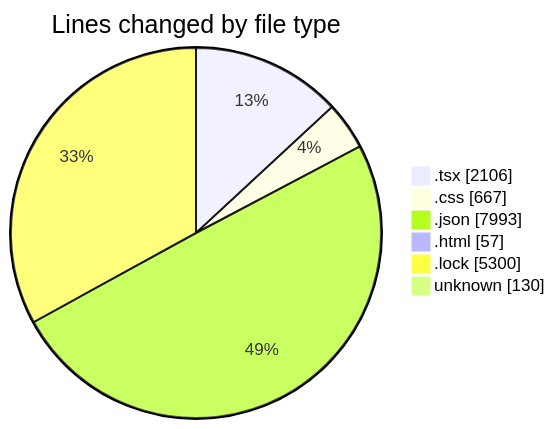
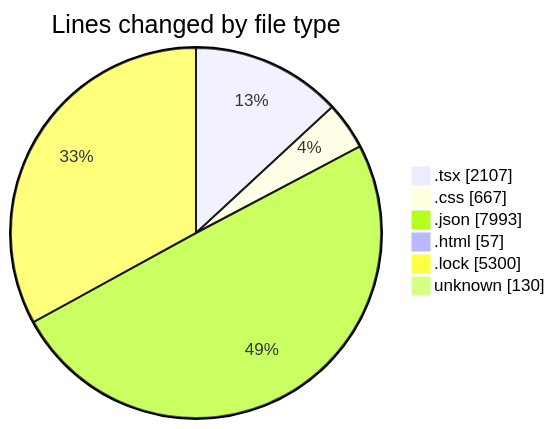
The first of 2 diagrams in 2025-08-12/ribbon/README.md (EIIisD/code-tracking), drawn with Mermaid before and after one commit. The commit also changed other lines of this file and 1 other file, not shown here.

````diff
--- a/2025-08-12/ribbon/README.md
+++ b/2025-08-12/ribbon/README.md
@@ -36,10 +36,10 @@
 ```mermaid
 pie showData
 title Lines changed by file type
-".tsx" : 2106
+".tsx" : 2107
 ".css" : 667
 ".json" : 7993
 ".html" : 57
 ".lock" : 5300
 "unknown" : 130
 ```
````
